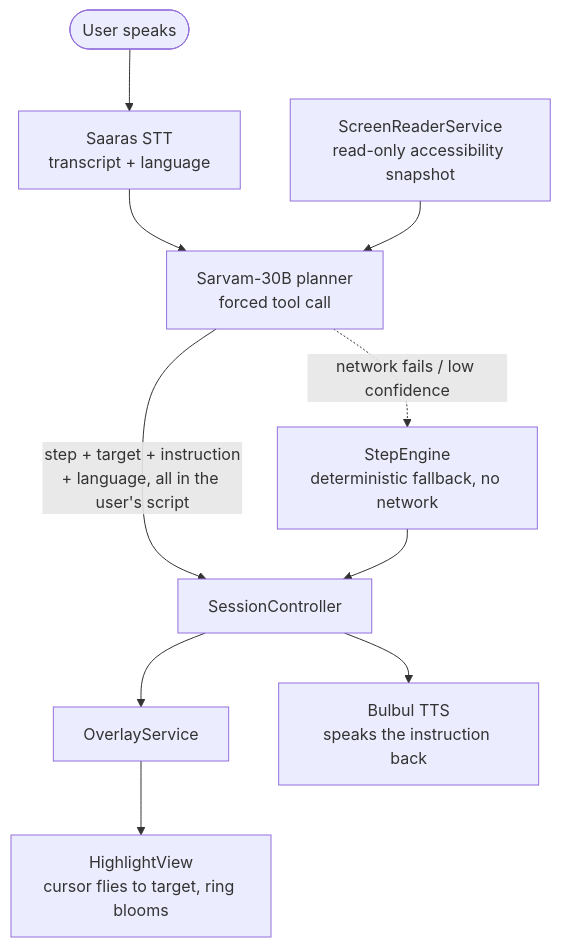
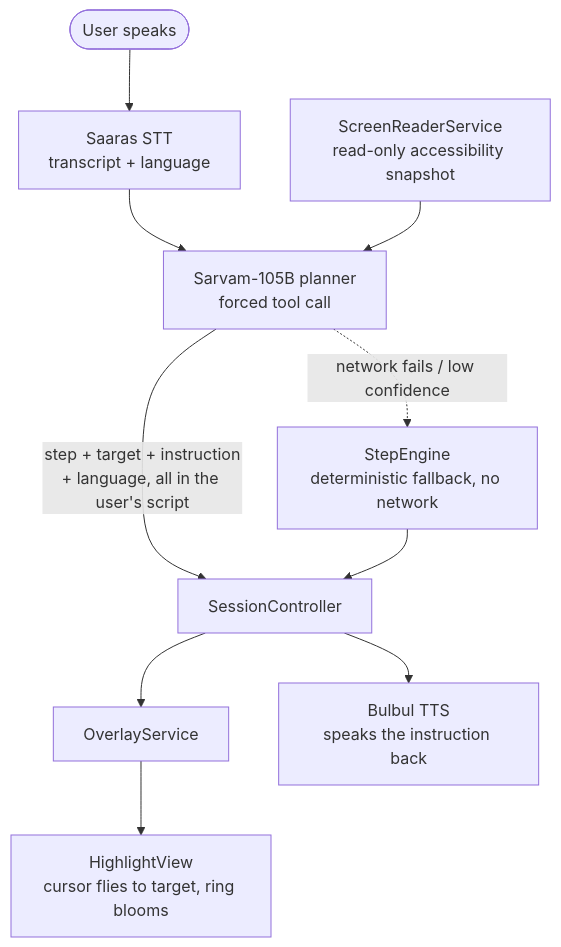
Before and after one commit to NITISH-R-G/ScreenSaathi: the diagram in README.md, drawn with Mermaid. The commit also changed other lines of this file and 10 other files, not shown here.

````diff
--- a/README.md
+++ b/README.md
@@ -34,12 +34,12 @@
 ```mermaid
 flowchart TD
     U([User speaks]) --> STT[Saaras STT<br/>transcript + language]
-    STT --> P[Sarvam-30B planner<br/>forced tool call]
+    STT --> P[Sarvam-105B planner<br/>forced tool call]
     R[ScreenReaderService<br/>read-only accessibility snapshot] --> P
     P -->|step + target + instruction<br/>+ language, all in the user's script| SC[SessionController]
     SC --> OV[OverlayService]
     OV --> HL[HighlightView<br/>cursor flies to target, ring blooms]
     SC --> TTS[Bulbul TTS<br/>speaks the instruction back]
     P -.network fails / low confidence.-> SE[StepEngine<br/>deterministic fallback, no network]
     SE --> SC
 ```
````
